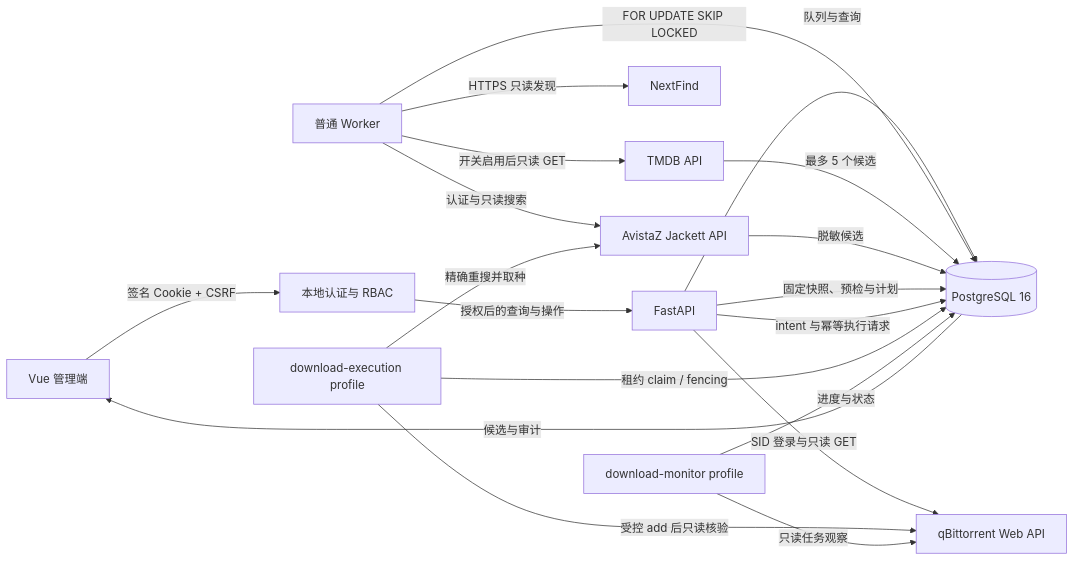
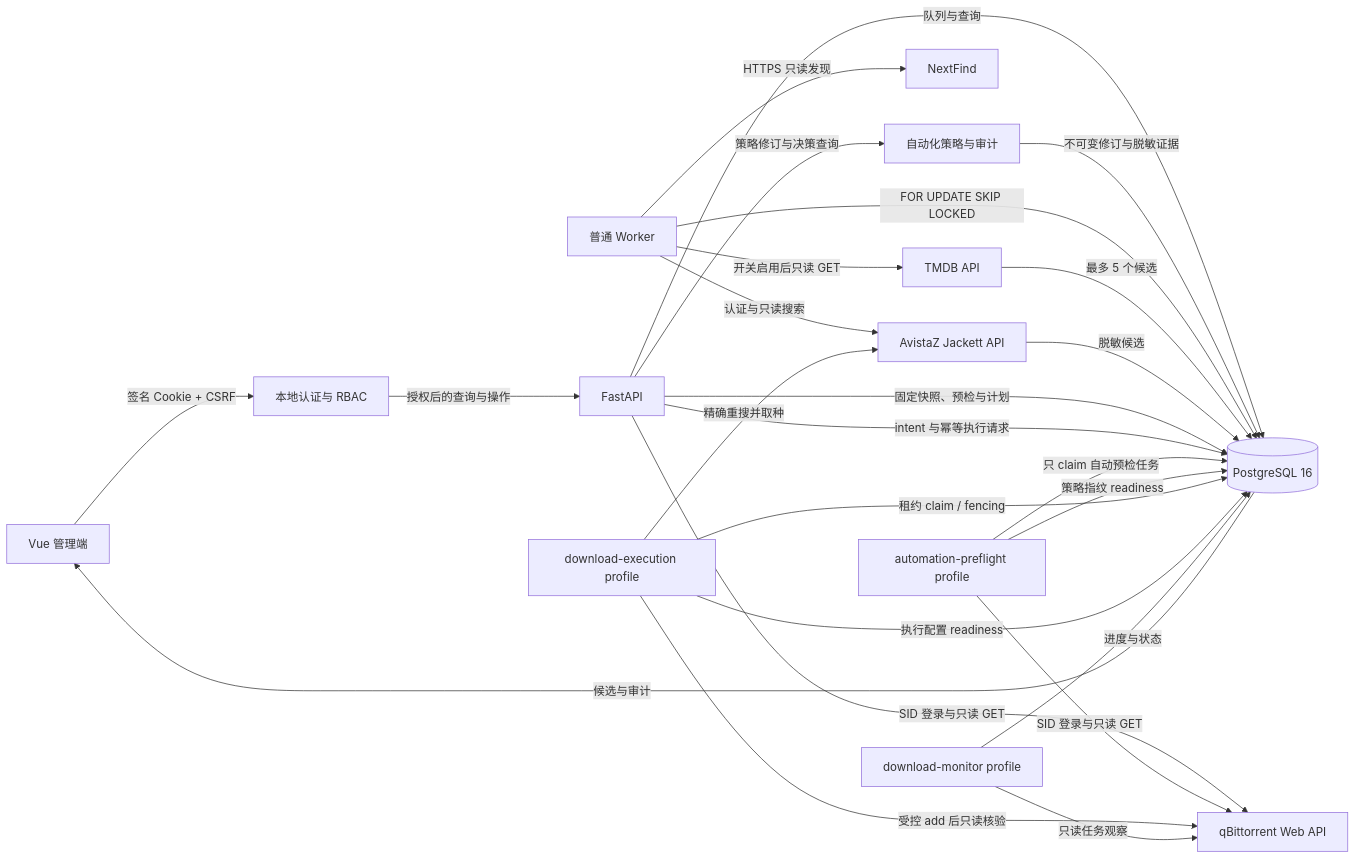
The first of 2 diagrams in docs/architecture.md (Guanerdie/LibSeek), drawn with Mermaid before and after one commit. The commit also changed other lines of this file and 58 other files, not shown here.

````diff
--- a/docs/architecture.md
+++ b/docs/architecture.md
@@ -5,21 +5,27 @@
 ```mermaid
 flowchart LR
   UI[Vue 管理端] -->|签名 Cookie + CSRF| Auth[本地认证与 RBAC]
   Auth -->|授权后的查询与操作| API[FastAPI]
   API -->|队列与查询| DB[(PostgreSQL 16)]
+  API -->|策略修订与决策查询| Policy[自动化策略与审计]
+  Policy -->|不可变修订与脱敏证据| DB
   Worker[普通 Worker] -->|FOR UPDATE SKIP LOCKED| DB
   Worker -->|HTTPS 只读发现| NF[NextFind]
   Worker -->|开关启用后只读 GET| TMDB[TMDB API]
   Worker -->|认证与只读搜索| AZ[AvistaZ Jackett API]
   TMDB -->|最多 5 个候选| DB
   AZ -->|脱敏候选| DB
   DB -->|候选与审计| UI
   API -->|SID 登录与只读 GET| QB[qBittorrent Web API]
   API -->|固定快照、预检与计划| DB
   API -->|intent 与幂等执行请求| DB
+  AutoPreflight[automation-preflight profile] -->|只 claim 自动预检任务| DB
+  AutoPreflight -->|SID 登录与只读 GET| QB
+  AutoPreflight -->|策略指纹 readiness| DB
   Executor[download-execution profile] -->|租约 claim / fencing| DB
   Executor -->|精确重搜并取种| AZ
   Executor -->|受控 add 后只读核验| QB
+  Executor -->|执行配置 readiness| DB
   Monitor[download-monitor profile] -->|只读任务观察| QB
   Monitor -->|进度与状态| DB
 ```
````
